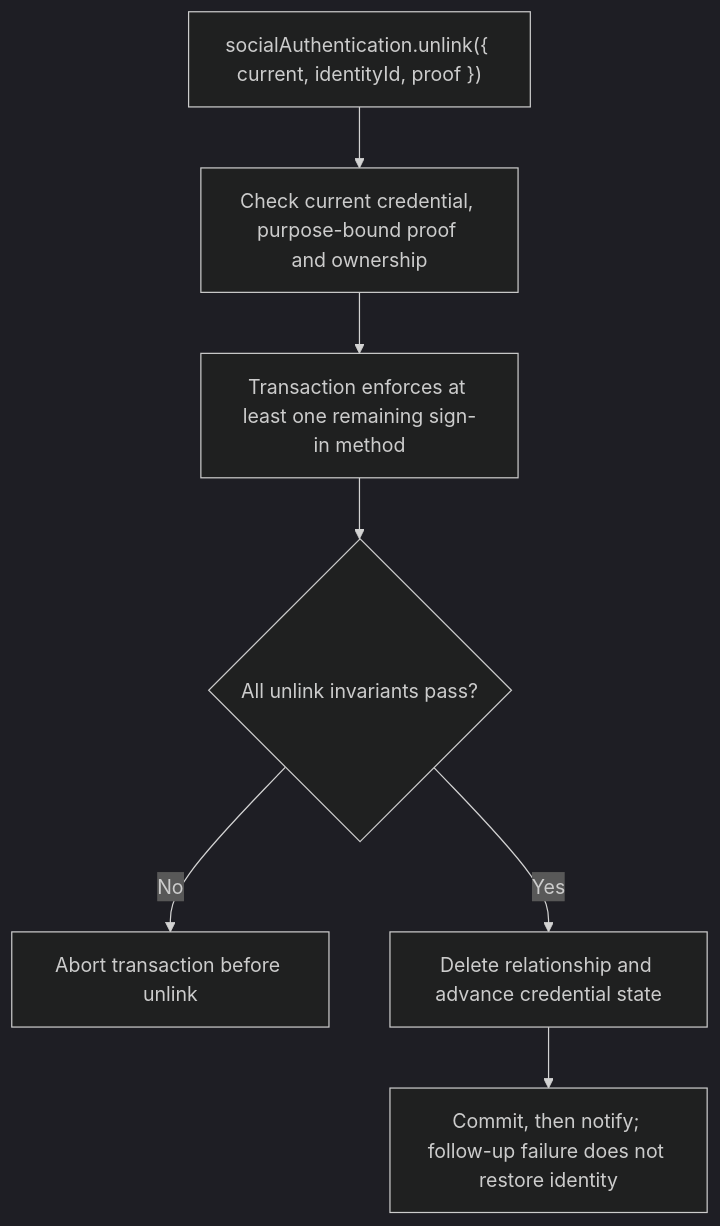
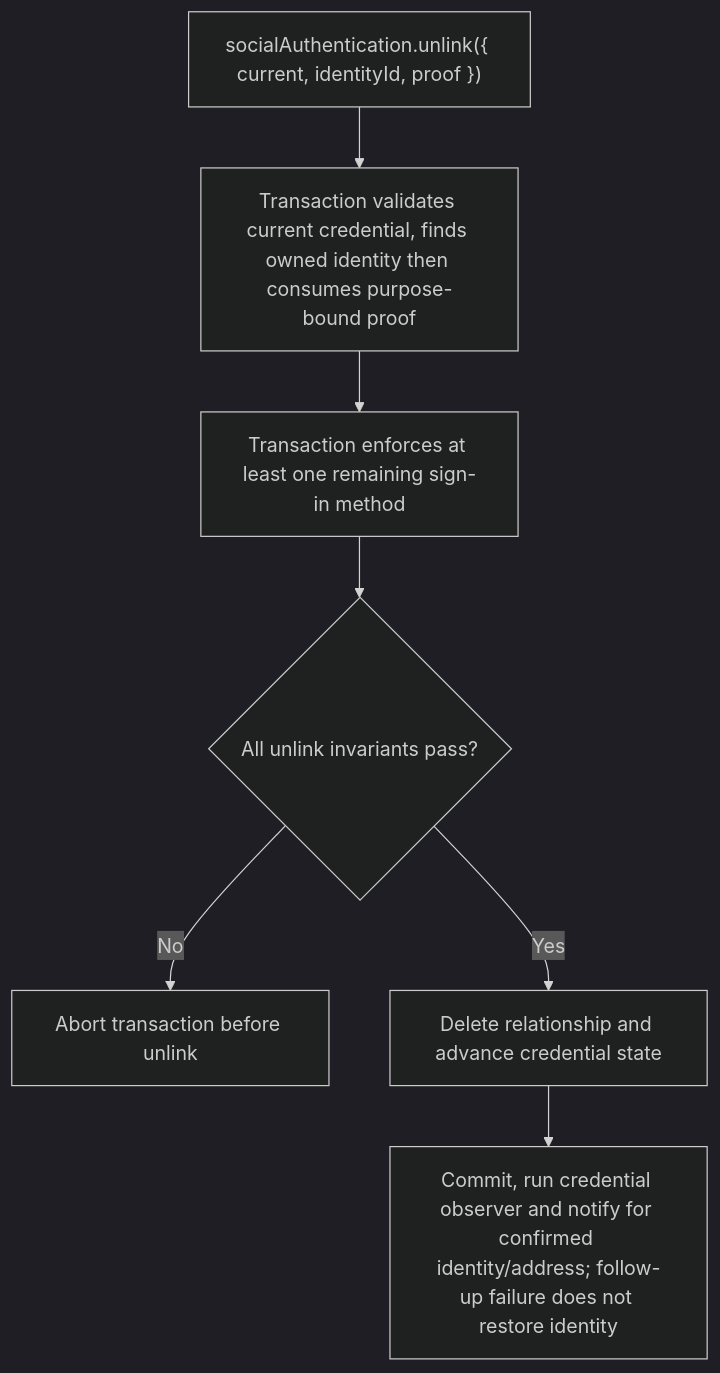
The second of 2 diagrams in user-stories/US-ACCOUNT-22-unlink-social-identity.md (Kevinjohn/oss-adonisjs-account-kit), drawn with Mermaid (dark theme) before and after one commit. The commit also changed 43 other files, not shown here.

````diff
--- a/user-stories/US-ACCOUNT-22-unlink-social-identity.md
+++ b/user-stories/US-ACCOUNT-22-unlink-social-identity.md
@@ -32,9 +32,9 @@
 ```mermaid
 flowchart TD
- A["socialAuthentication.unlink({ current, identityId, proof })"] --> B["Check current credential, purpose-bound proof and ownership"]
+ A["socialAuthentication.unlink({ current, identityId, proof })"] --> B["Transaction validates current credential, finds owned identity then consumes purpose-bound proof"]
  B --> C["Transaction enforces at least one remaining sign-in method"]
  C --> D{"All unlink invariants pass?"}
  D -->|No| E["Abort transaction before unlink"]
  D -->|Yes| F["Delete relationship and advance credential state"]
- F --> G["Commit, then notify; follow-up failure does not restore identity"]
+ F --> G["Commit, run credential observer and notify for confirmed identity/address; follow-up failure does not restore identity"]
 ```
````
